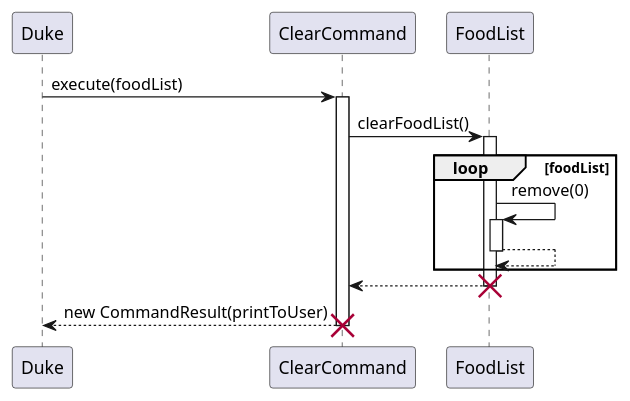
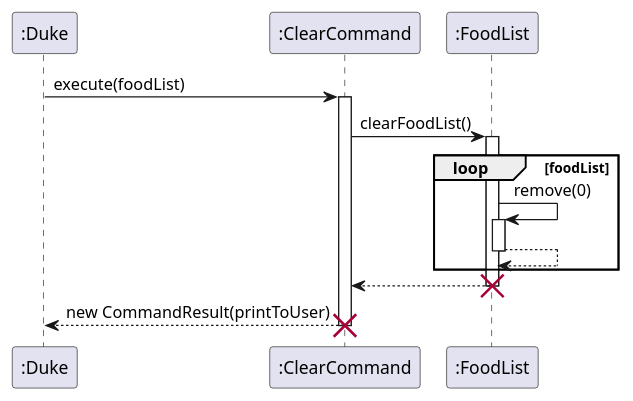
Before and after one commit to tsx0314/tp: the diagram in docs/puml/ClearCommandSequenceDiagram.puml, drawn with PlantUML. The commit also changed 15 other files, not shown here.

Commit message:
Update UML diagram according to TA's comment

```diff
--- a/docs/puml/ClearCommandSequenceDiagram.puml
+++ b/docs/puml/ClearCommandSequenceDiagram.puml
@@ -1,29 +1,29 @@
 @startuml
 'https://plantuml.com/sequence-diagram
 
-Participant Duke
-Participant ClearCommand
-Participant FoodList
+Participant ":Duke"
+Participant ":ClearCommand"
+Participant ":FoodList"
 
-Duke -> ClearCommand: execute(foodList)
-activate ClearCommand
+":Duke" -> ":ClearCommand": execute(foodList)
+activate ":ClearCommand"
 
-ClearCommand -> FoodList: clearFoodList()
-activate FoodList
+":ClearCommand" -> ":FoodList": clearFoodList()
+activate ":FoodList"
 
 loop foodList
-FoodList -> FoodList: remove(0)
-activate FoodList
-FoodList --> FoodList
-deactivate FoodList
+":FoodList" -> ":FoodList": remove(0)
+activate ":FoodList"
+":FoodList" --> ":FoodList"
+deactivate ":FoodList"
 end
 
-ClearCommand <-- FoodList
+":ClearCommand" <-- ":FoodList"
 
-deactivate FoodList
-destroy FoodList
+deactivate ":FoodList"
+destroy ":FoodList"
 
-ClearCommand --> Duke: new CommandResult(printToUser)
-deactivate ClearCommand
-destroy ClearCommand
+":ClearCommand" --> ":Duke": new CommandResult(printToUser)
+deactivate ":ClearCommand"
+destroy ":ClearCommand"
 @enduml
```
